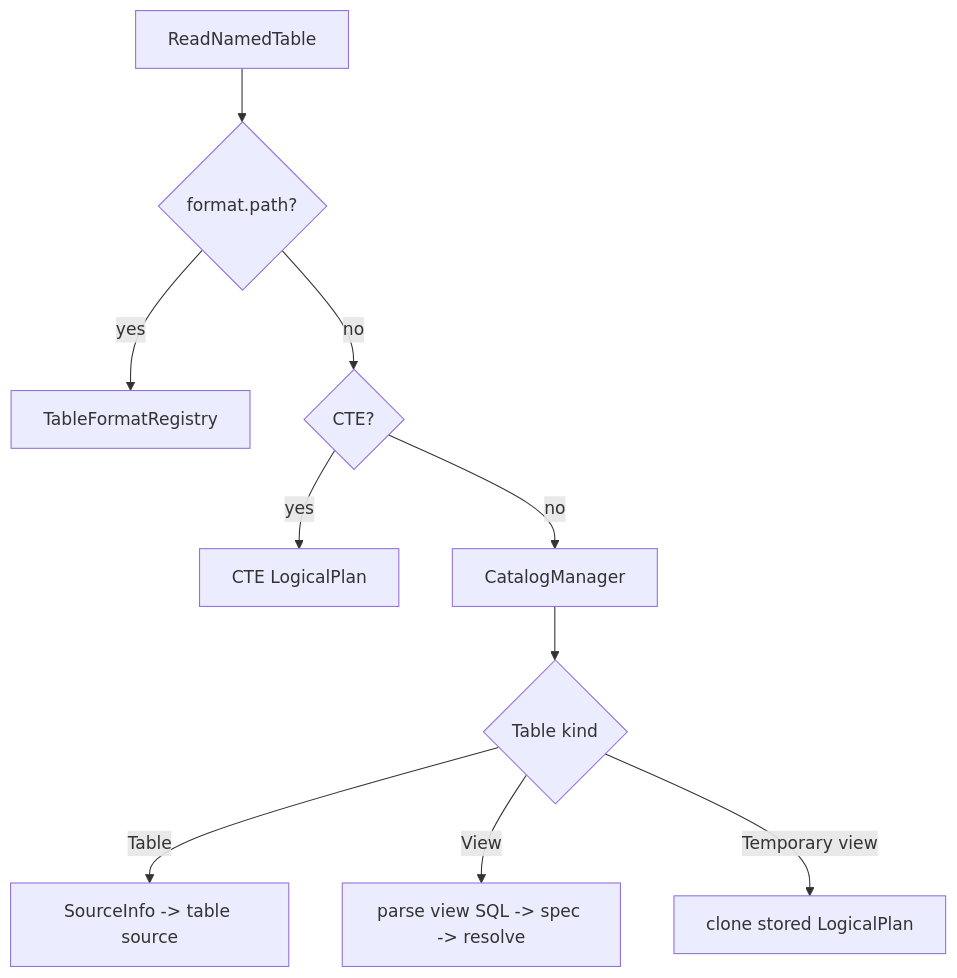
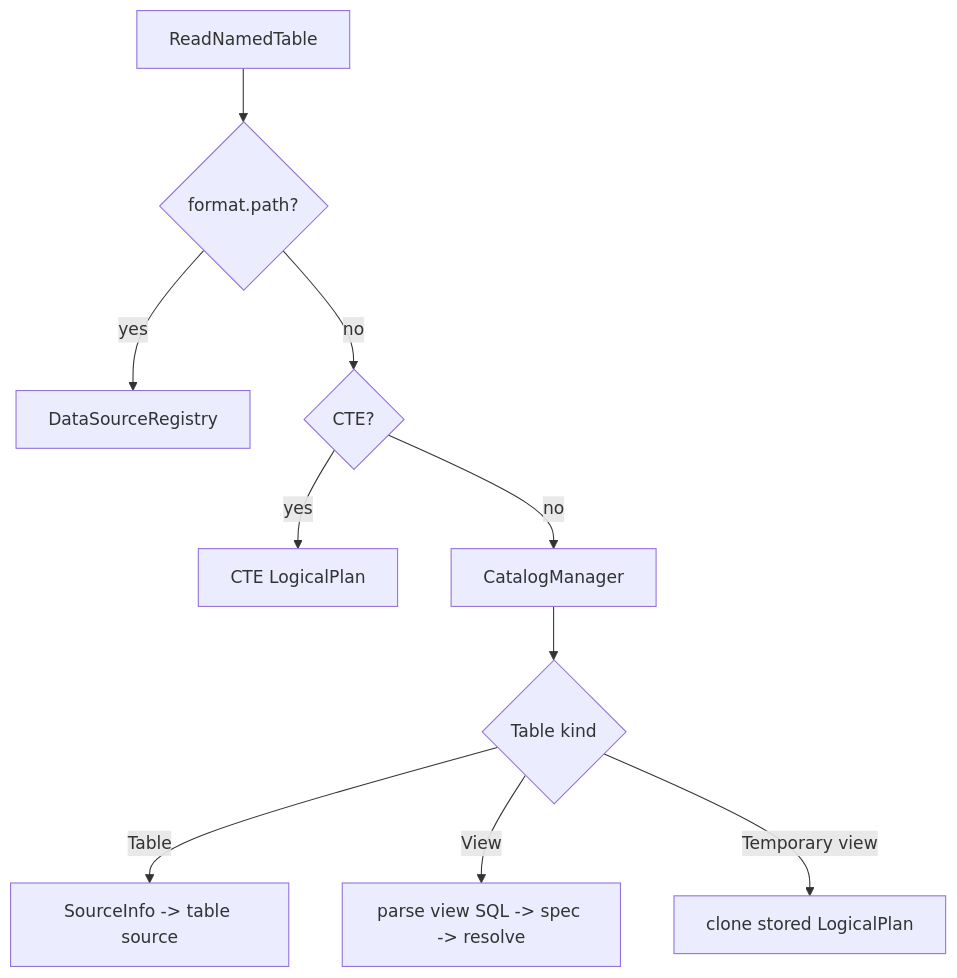
One commit to firstpair/sail-rust-book changed the fourth of 9 diagrams in sail-rust-book/sources/10-sail-spec-and-plan-resolver.md. Above: the diagram before and after it, drawn with Mermaid. The commit also changed other lines of this file and 27 other files, not shown here.

````diff
--- a/sail-rust-book/sources/10-sail-spec-and-plan-resolver.md
+++ b/sail-rust-book/sources/10-sail-spec-and-plan-resolver.md
@@ -446,12 +446,12 @@
 ```mermaid
 flowchart TB
     A["ReadNamedTable"] --> B{"format.path?"}
-    B -->|yes| C["TableFormatRegistry"]
+    B -->|yes| C["DataSourceRegistry"]
     B -->|no| D{"CTE?"}
     D -->|yes| E["CTE LogicalPlan"]
     D -->|no| F["CatalogManager"]
     F --> G{"Table kind"}
     G -->|Table| H["SourceInfo -> table source"]
     G -->|View| I["parse view SQL -> spec -> resolve"]
     G -->|Temporary view| J["clone stored LogicalPlan"]
 ```
````
